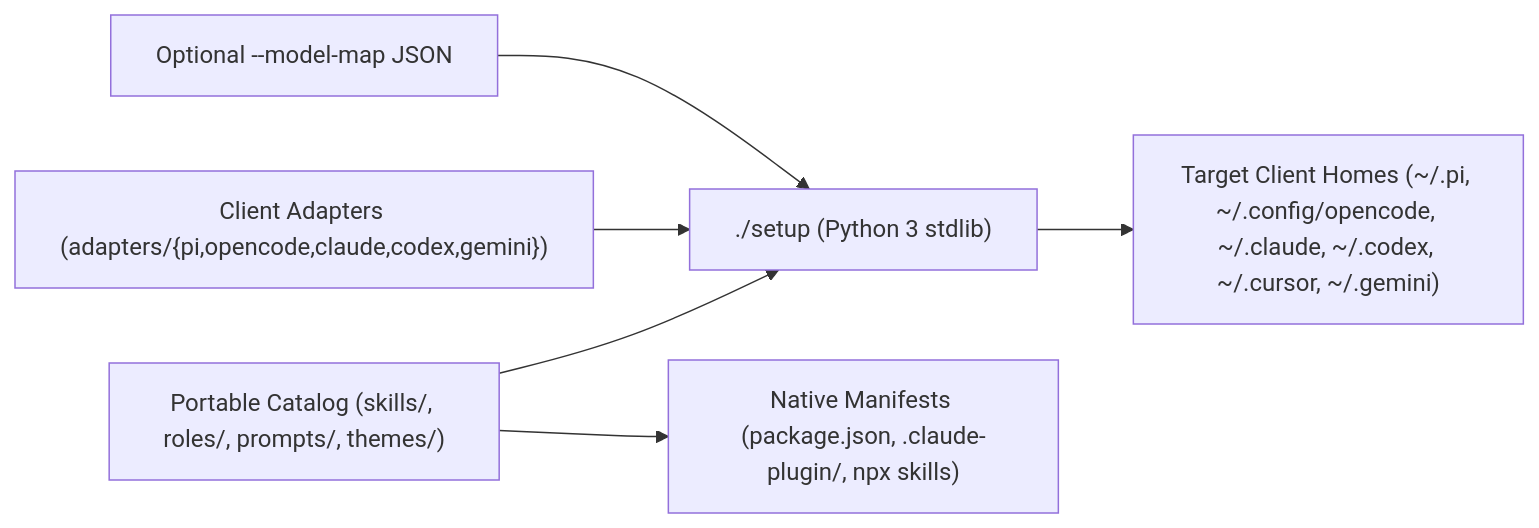
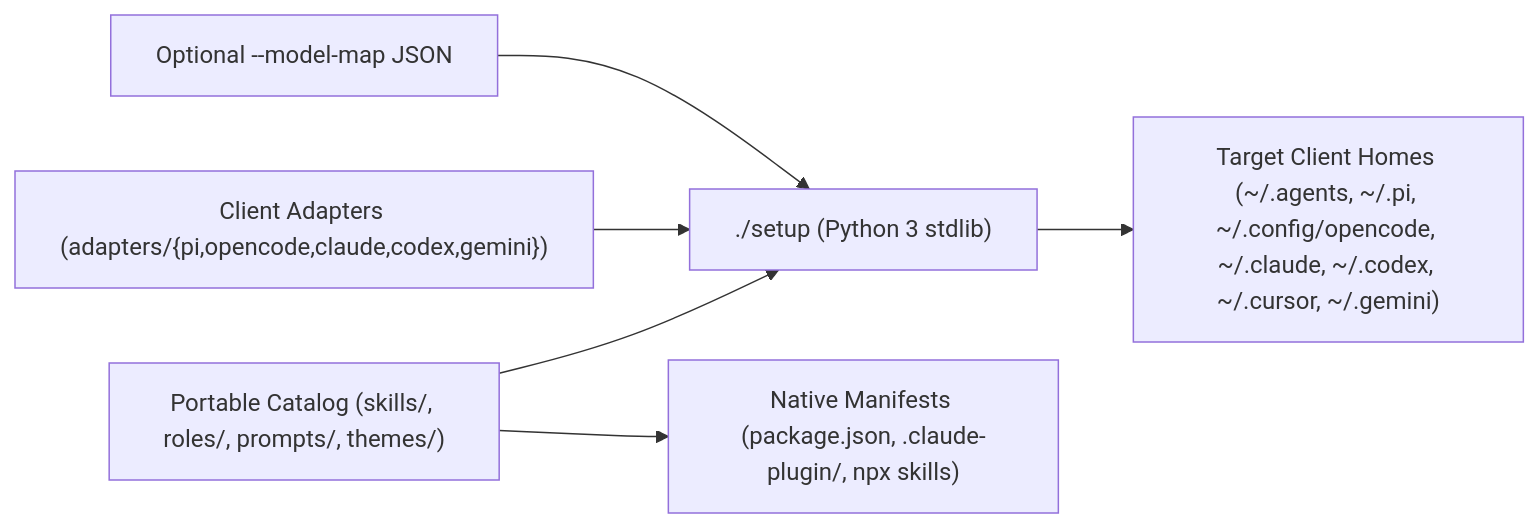
Before and after one commit to sagmans/agents: the diagram in README.md, drawn with Mermaid. The commit also changed other lines of this file and 3 other files, not shown here.

````diff
--- a/README.md
+++ b/README.md
@@ -9,8 +9,8 @@
 ```mermaid
 flowchart LR
   SRC["Portable Catalog (skills/, roles/, prompts/, themes/)"] --> CLI["./setup (Python 3 stdlib)"]
   SRC --> PKG["Native Manifests (package.json, .claude-plugin/, npx skills)"]
   ADP["Client Adapters (adapters/{pi,opencode,claude,codex,gemini})"] --> CLI
   MM["Optional --model-map JSON"] --> CLI
-  CLI --> OUT["Target Client Homes (~/.pi, ~/.config/opencode, ~/.claude, ~/.codex, ~/.cursor, ~/.gemini)"]
+  CLI --> OUT["Target Client Homes (~/.agents, ~/.pi, ~/.config/opencode, ~/.claude, ~/.codex, ~/.cursor, ~/.gemini)"]
 ```
````
